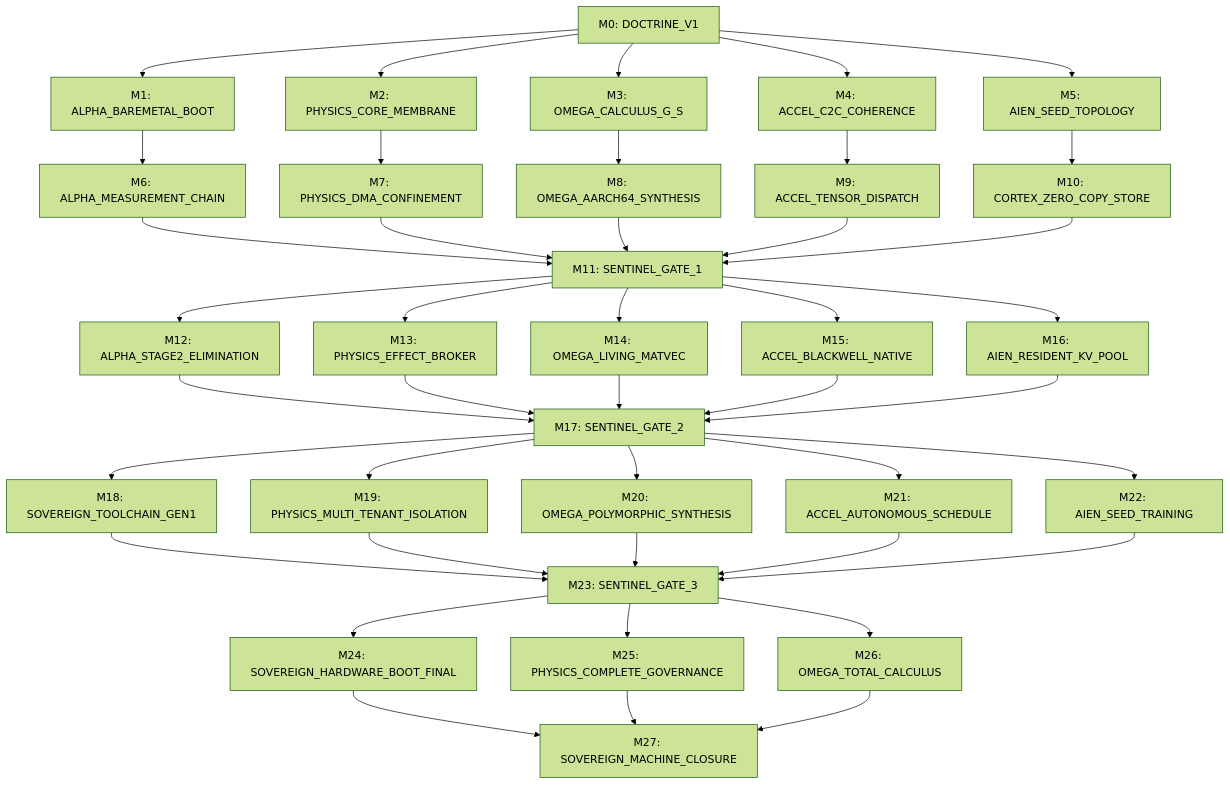
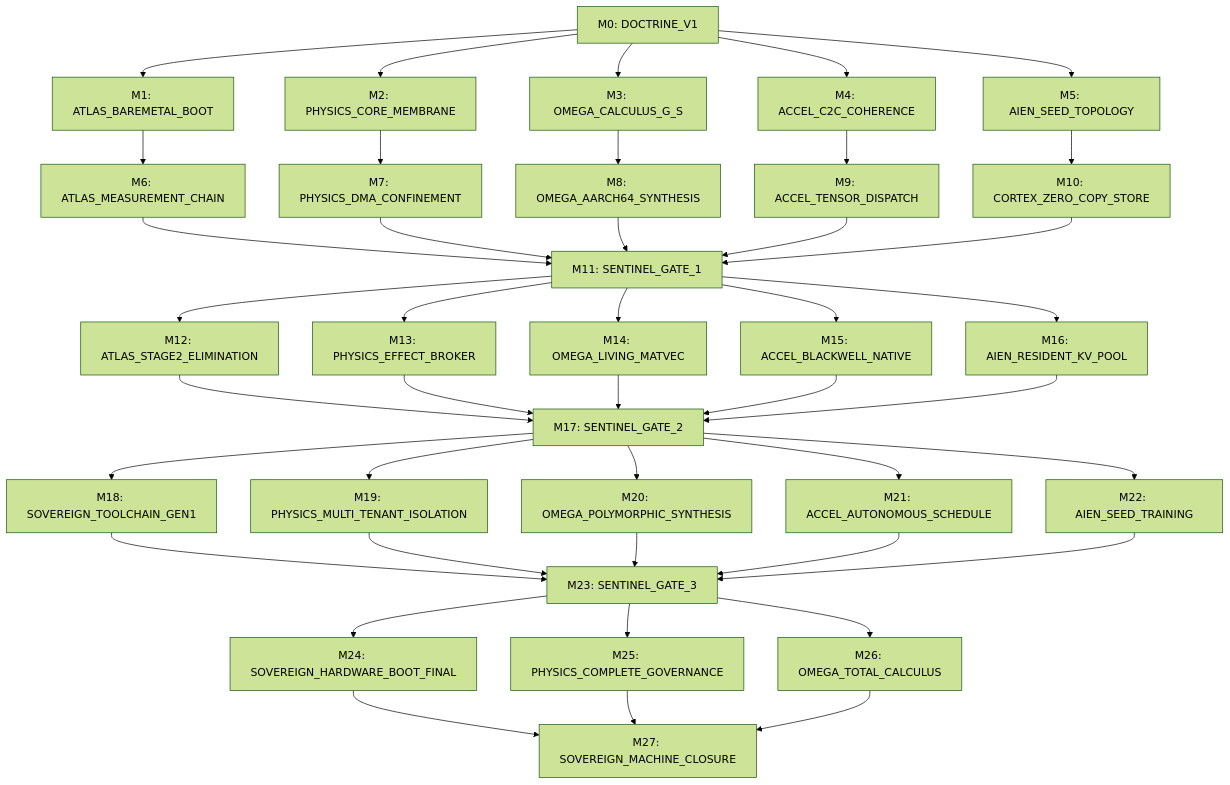
The diagram in doctrine/ARCHITECTURE.md (aien-dev/aien-architecture), drawn with Mermaid (forest theme) before and after one commit. The commit also changed other lines of this file and 5 other files, not shown here.

Commit message:
docs(doctrine): execute semantic rename of Alpha to Atlas and update Milestone 1 status to COMPLETE / QEMU QUALIFIED

````diff
--- a/doctrine/ARCHITECTURE.md
+++ b/doctrine/ARCHITECTURE.md
@@ -226,37 +226,37 @@
 ```mermaid
 flowchart TD
-    M0["M0: DOCTRINE_V1"] --> M1["M1: ALPHA_BAREMETAL_BOOT"]
+    M0["M0: DOCTRINE_V1"] --> M1["M1: ATLAS_BAREMETAL_BOOT"]
     M0 --> M2["M2: PHYSICS_CORE_MEMBRANE"]
     M0 --> M3["M3: OMEGA_CALCULUS_G_S"]
     M0 --> M4["M4: ACCEL_C2C_COHERENCE"]
     M0 --> M5["M5: AIEN_SEED_TOPOLOGY"]
 
-    M1 --> M6["M6: ALPHA_MEASUREMENT_CHAIN"]
+    M1 --> M6["M6: ATLAS_MEASUREMENT_CHAIN"]
     M2 --> M7["M7: PHYSICS_DMA_CONFINEMENT"]
     M3 --> M8["M8: OMEGA_AARCH64_SYNTHESIS"]
     M4 --> M9["M9: ACCEL_TENSOR_DISPATCH"]
     M5 --> M10["M10: CORTEX_ZERO_COPY_STORE"]
 
     M6 & M7 & M8 & M9 & M10 --> M11["M11: SENTINEL_GATE_1"]
 
-    M11 --> M12["M12: ALPHA_STAGE2_ELIMINATION"]
+    M11 --> M12["M12: ATLAS_STAGE2_ELIMINATION"]
     M11 --> M13["M13: PHYSICS_EFFECT_BROKER"]
     M11 --> M14["M14: OMEGA_LIVING_MATVEC"]
     M11 --> M15["M15: ACCEL_BLACKWELL_NATIVE"]
     M11 --> M16["M16: AIEN_RESIDENT_KV_POOL"]
 
     M12 & M13 & M14 & M15 & M16 --> M17["M17: SENTINEL_GATE_2"]
 
     M17 --> M18["M18: SOVEREIGN_TOOLCHAIN_GEN1"]
     M17 --> M19["M19: PHYSICS_MULTI_TENANT_ISOLATION"]
     M17 --> M20["M20: OMEGA_POLYMORPHIC_SYNTHESIS"]
     M17 --> M21["M21: ACCEL_AUTONOMOUS_SCHEDULE"]
     M17 --> M22["M22: AIEN_SEED_TRAINING"]
 
     M18 & M19 & M20 & M21 & M22 --> M23["M23: SENTINEL_GATE_3"]
 
     M23 --> M24["M24: SOVEREIGN_HARDWARE_BOOT_FINAL"]
     M23 --> M25["M25: PHYSICS_COMPLETE_GOVERNANCE"]
     M23 --> M26["M26: OMEGA_TOTAL_CALCULUS"]
     M24 & M25 & M26 --> M27["M27: SOVEREIGN_MACHINE_CLOSURE"]
 ```
````
